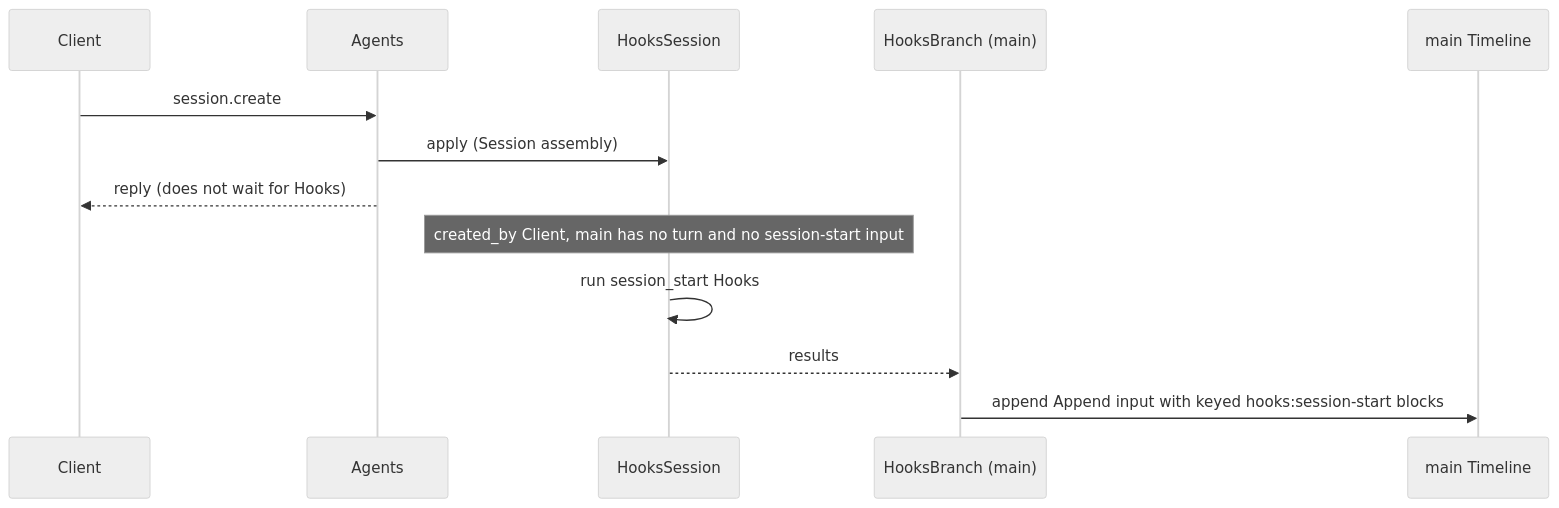
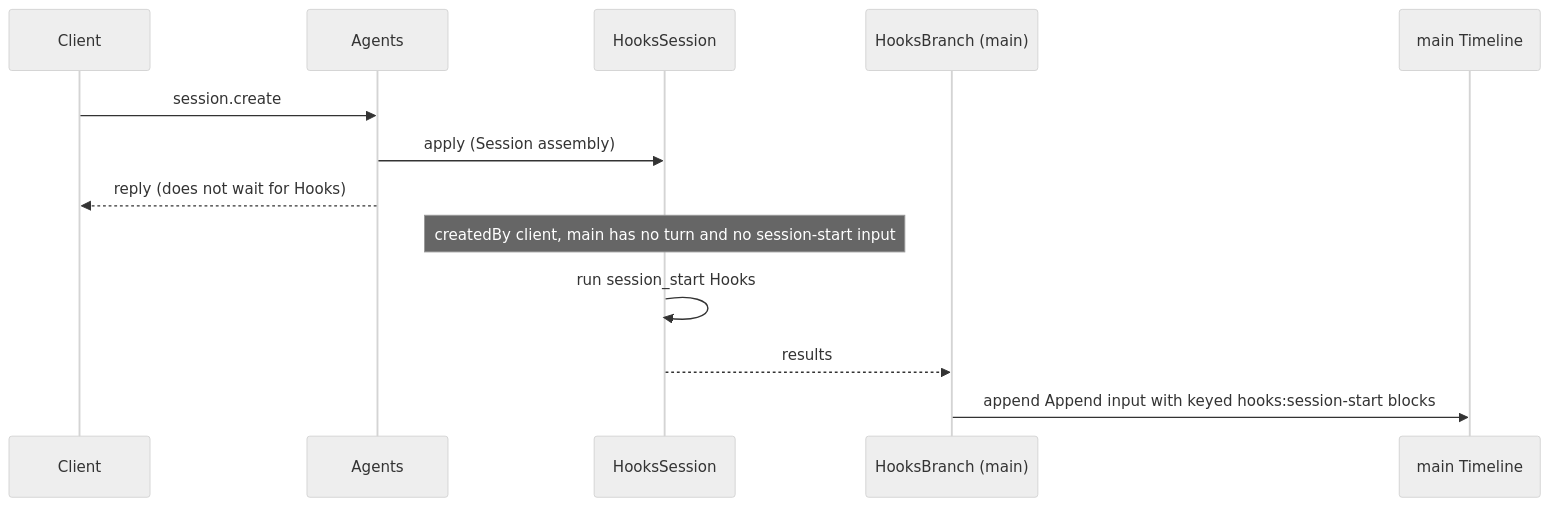
Before and after one commit to CoutinhoTTS/dim-agent: the fifth of 7 diagrams in docs/design/plugins/Hooks.md, drawn with Mermaid (neutral theme). The commit also changed other lines of this file and 12 other files, not shown here.

````diff
--- a/docs/design/plugins/Hooks.md
+++ b/docs/design/plugins/Hooks.md
@@ -122,15 +122,15 @@
 ```mermaid
 sequenceDiagram
   participant C as Client
   participant AG as Agents
   participant HS as HooksSession
   participant HB as HooksBranch (main)
   participant TL as main Timeline
   C->>AG: session.create
   AG->>HS: apply (Session assembly)
   AG-->>C: reply (does not wait for Hooks)
-  Note over HS: created_by Client, main has no turn and no session-start input
+  Note over HS: createdBy client, main has no turn and no session-start input
   HS->>HS: run session_start Hooks
   HS-->>HB: results
   HB->>TL: append Append input with keyed hooks:session-start blocks
 ```
````
